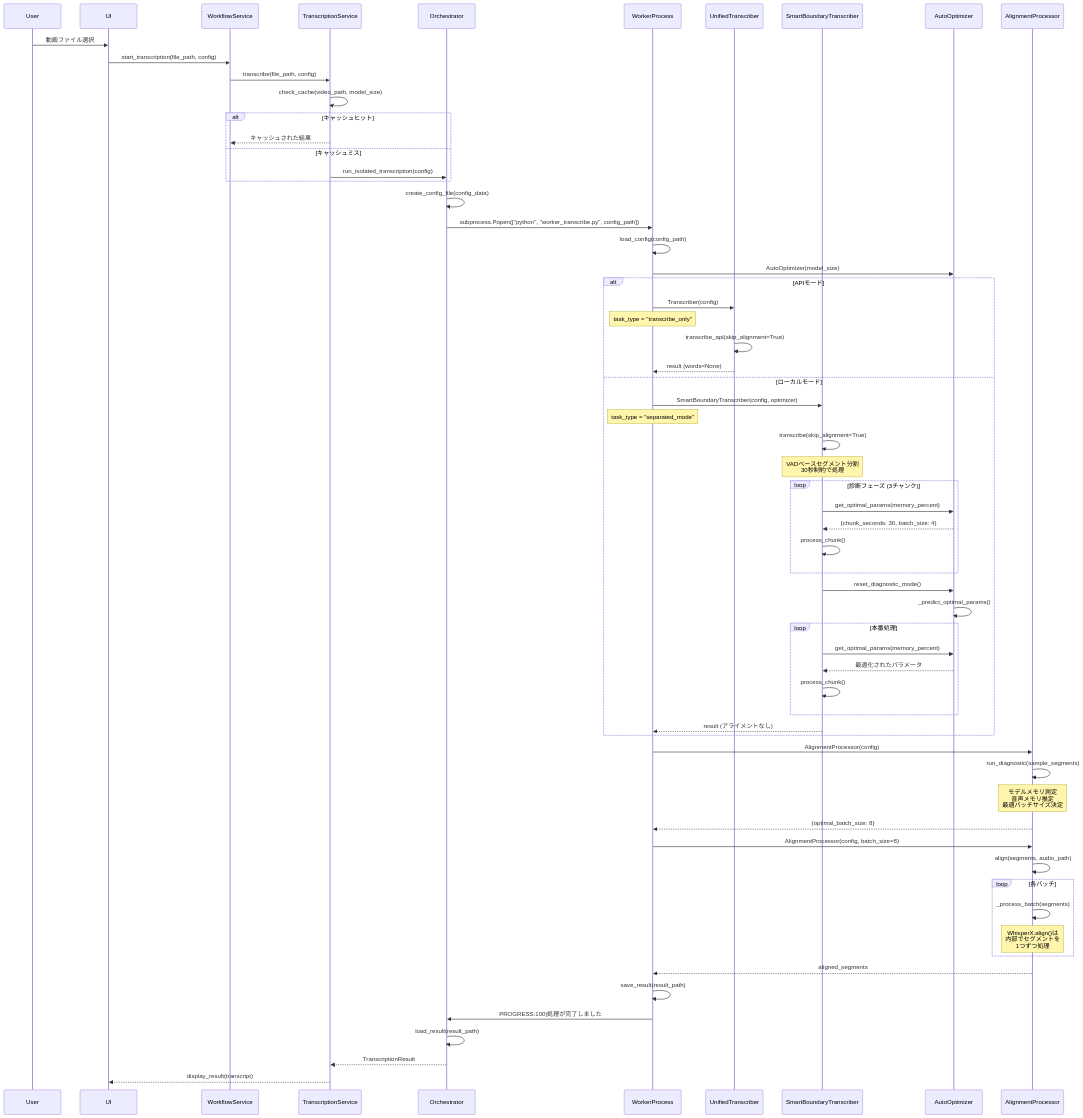
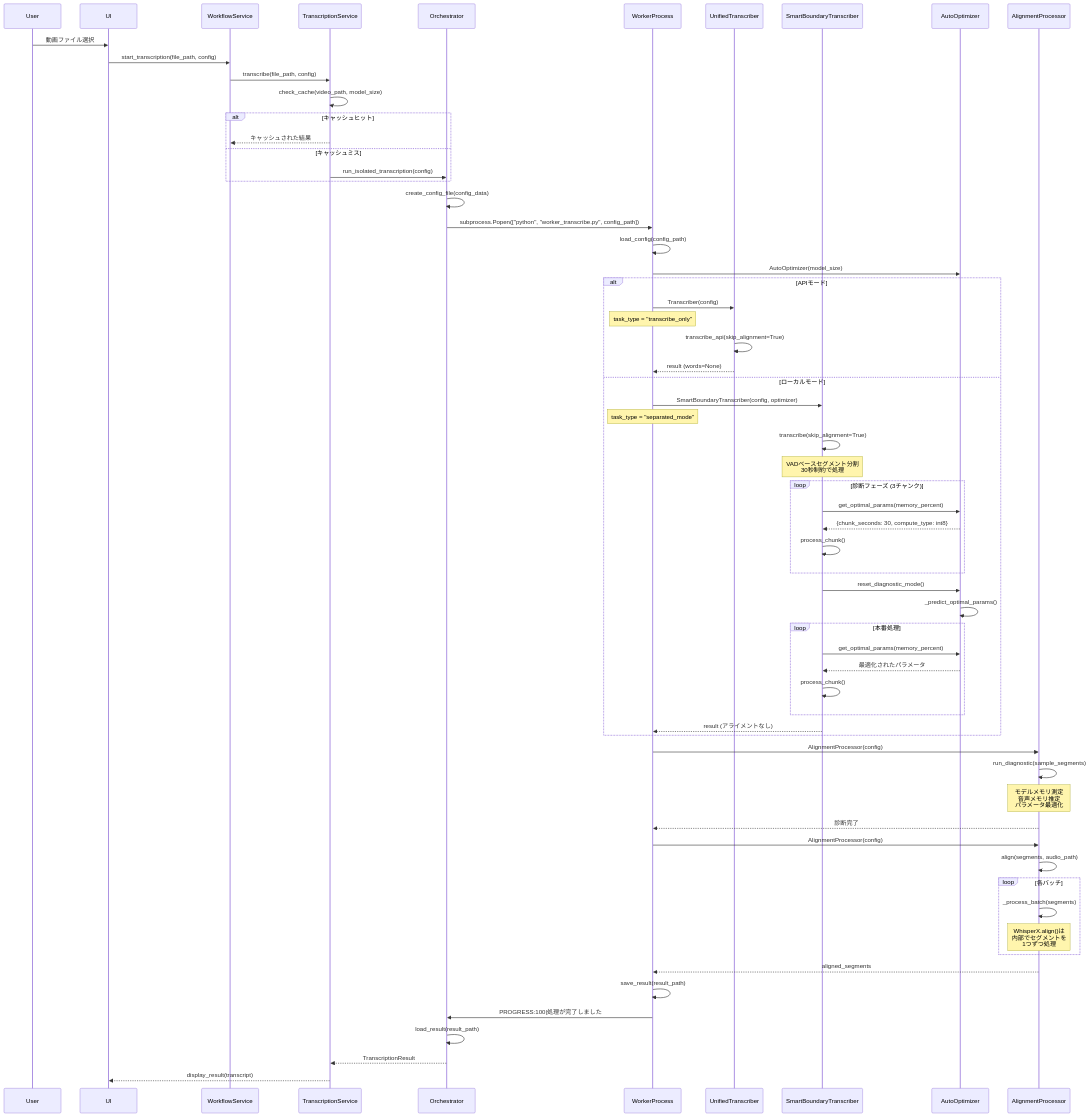
Before and after one commit to Coidemo/TextffCut: the first of 4 diagrams in docs/detailed_design_specification_v3.md, drawn with Mermaid. The commit also changed other lines of this file and 10 other files, not shown here.

```diff
--- a/docs/detailed_design_specification_v3.md
+++ b/docs/detailed_design_specification_v3.md
@@ -357,7 +357,7 @@
         
         loop 診断フェーズ (3チャンク)
             SBT->>AO: get_optimal_params(memory_percent)
-            AO-->>SBT: {chunk_seconds: 30, batch_size: 4}
+            AO-->>SBT: {chunk_seconds: 30, compute_type: int8}
             SBT->>SBT: process_chunk()
         end
         
@@ -378,11 +378,11 @@
     
     %% アライメント診断
     AP->>AP: run_diagnostic(sample_segments)
-    Note over AP: モデルメモリ測定<br/>音声メモリ推定<br/>最適バッチサイズ決定
-    AP-->>WP: {optimal_batch_size: 8}
+    Note over AP: モデルメモリ測定<br/>音声メモリ推定<br/>パラメータ最適化
+    AP-->>WP: 診断完了
     
     %% 本番アライメント
-    WP->>AP: AlignmentProcessor(config, batch_size=8)
+    WP->>AP: AlignmentProcessor(config)
     AP->>AP: align(segments, audio_path)
     
     loop 各バッチ
```
